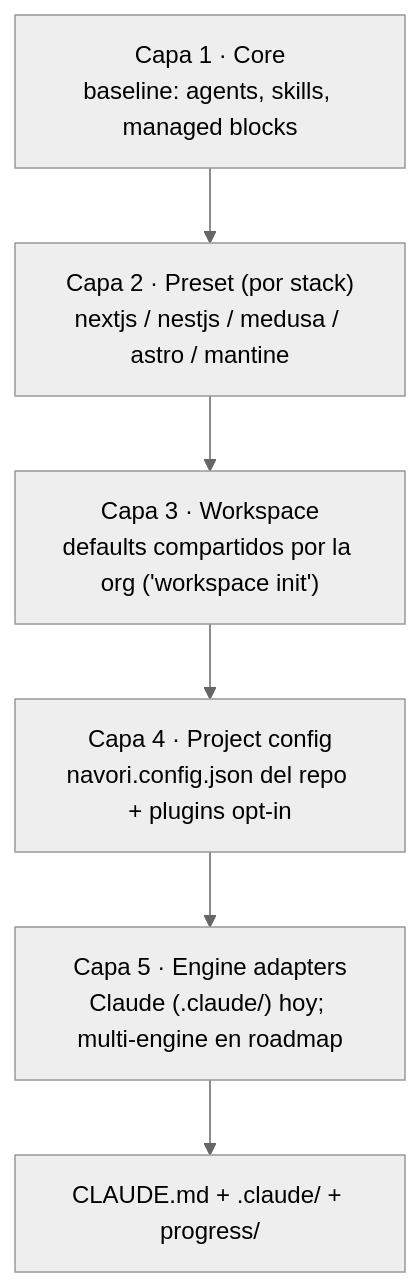
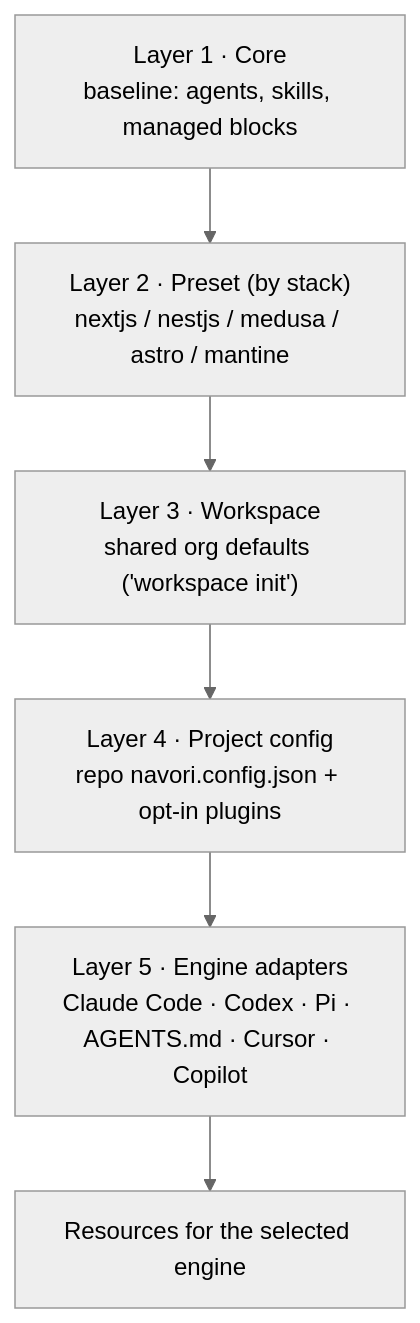
The first of 3 diagrams in docs/architecture.md (UlisesCm/navori-harness), drawn with Mermaid (neutral theme) before and after one commit. The commit also changed other lines of this file and 125 other files, not shown here.

````diff
--- a/docs/architecture.md
+++ b/docs/architecture.md
@@ -19,17 +13,17 @@
 ```mermaid
 flowchart TD
-    CORE["Capa 1 · Core<br/>baseline: agents, skills, managed blocks"]
-    PRESET["Capa 2 · Preset (por stack)<br/>nextjs / nestjs / medusa / astro / mantine"]
-    WS["Capa 3 · Workspace<br/>defaults compartidos por la org ('workspace init')"]
-    PROJ["Capa 4 · Project config<br/>navori.config.json del repo + plugins opt-in"]
-    ENGINE["Capa 5 · Engine adapters<br/>Claude (.claude/) hoy; multi-engine en roadmap"]
-    OUT["CLAUDE.md + .claude/ + progress/"]
+    CORE["Layer 1 · Core<br/>baseline: agents, skills, managed blocks"]
+    PRESET["Layer 2 · Preset (by stack)<br/>nextjs / nestjs / medusa / astro / mantine"]
+    WS["Layer 3 · Workspace<br/>shared org defaults ('workspace init')"]
+    PROJ["Layer 4 · Project config<br/>repo navori.config.json + opt-in plugins"]
+    ENGINE["Layer 5 · Engine adapters<br/>Claude Code · Codex · Pi · AGENTS.md · Cursor · Copilot"]
+    OUT["Resources for the selected engine"]
 
     CORE --> PRESET --> WS --> PROJ --> ENGINE --> OUT
 
     click CORE "../packages/core/core-assets" "Core assets"
     click PRESET "../packages/core/core-assets/presets" "Presets"
     click WS "../packages/cli/src/lib/workspace/workspace.ts" "Workspace defaults"
     click PROJ "../packages/cli/src/lib/config/schema.ts" "Config schema (Zod)"
-    click ENGINE "../packages/cli/src/engines/claude/index.ts" "Claude engine"
+    click ENGINE "../packages/cli/src/engines" "Engine adapters"
 ```
````
